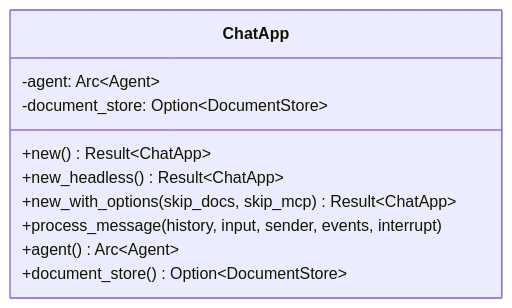
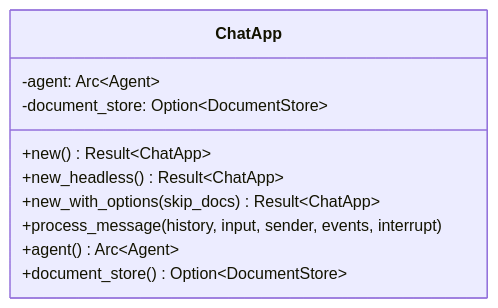
Before and after one commit to aomi-labs/aomi-widget: the first of 3 diagrams in apps/landing/content/guides/advanced/sdk.mdx, drawn with Mermaid. The commit also changed other lines of this file and 115 other files, not shown here.

````diff
--- a/apps/landing/content/guides/advanced/sdk.mdx
+++ b/apps/landing/content/guides/advanced/sdk.mdx
@@ -118,13 +117,13 @@
 ```mermaid
 classDiagram
     class ChatApp {
         -agent: Arc~Agent~
         -document_store: Option~DocumentStore~
         +new() Result~ChatApp~
         +new_headless() Result~ChatApp~
-        +new_with_options(skip_docs, skip_mcp) Result~ChatApp~
+        +new_with_options(skip_docs) Result~ChatApp~
         +process_message(history, input, sender, events, interrupt)
         +agent() Arc~Agent~
         +document_store() Option~DocumentStore~
     }
 ```
````
